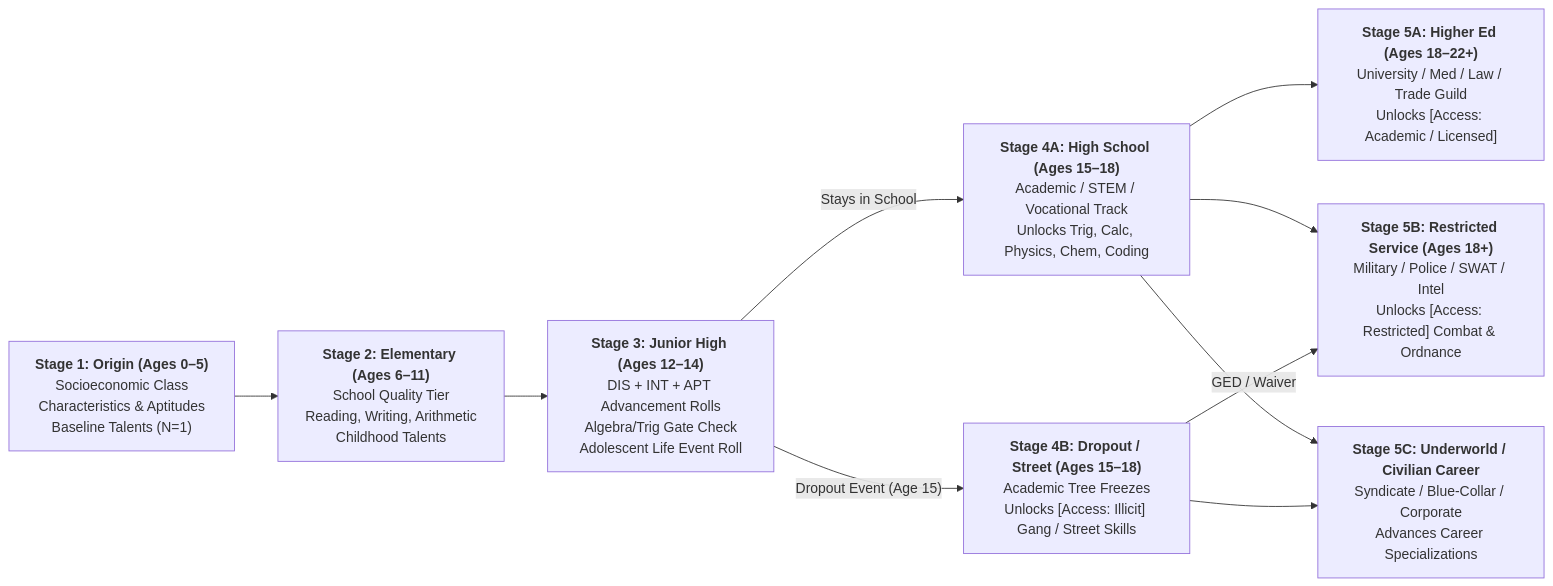
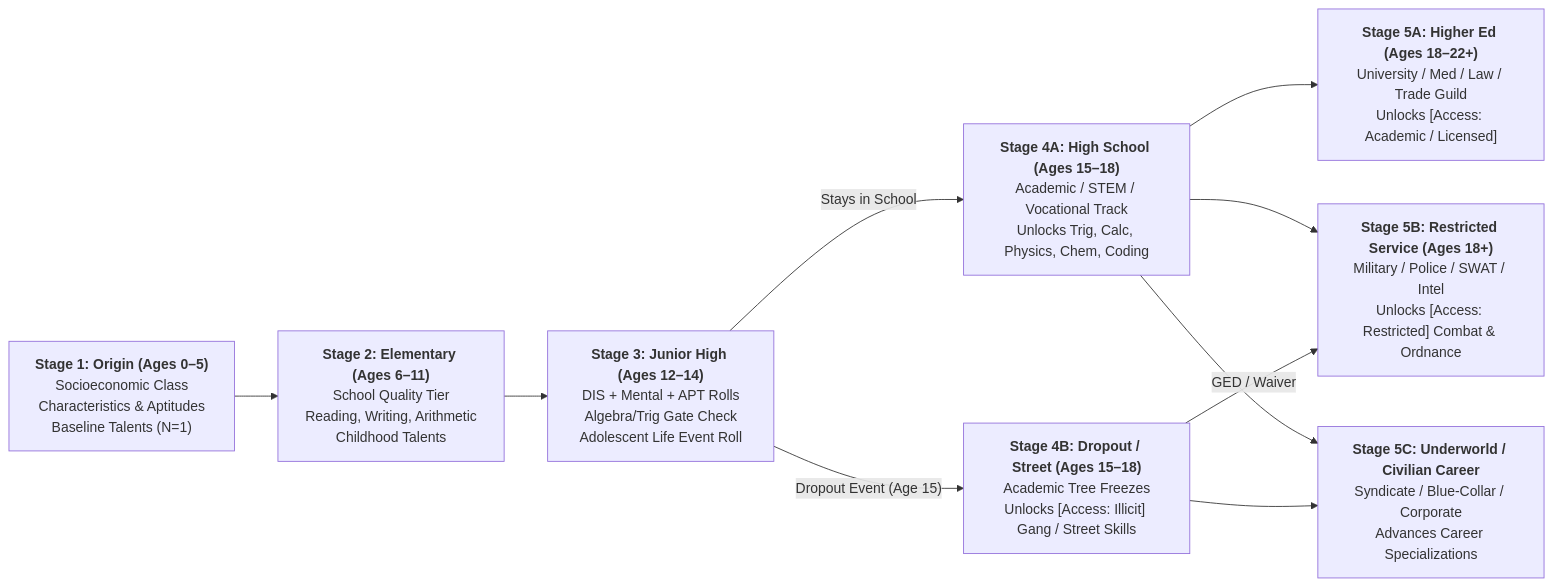
One commit to rarebreed/satya changed the ninth of 9 diagrams in docs/ttrpg/skill-design.md. Above: the diagram before and after it, drawn with Mermaid. The commit also changed other lines of this file and 1 other file, not shown here.

````diff
--- a/docs/ttrpg/skill-design.md
+++ b/docs/ttrpg/skill-design.md
@@ -791,20 +827,20 @@
 ```mermaid
 flowchart LR
     S1["<b>Stage 1: Origin (Ages 0–5)</b><br/>Socioeconomic Class<br/>Characteristics & Aptitudes<br/>Baseline Talents (N=1)"]
     S2["<b>Stage 2: Elementary (Ages 6–11)</b><br/>School Quality Tier<br/>Reading, Writing, Arithmetic<br/>Childhood Talents"]
-    S3["<b>Stage 3: Junior High (Ages 12–14)</b><br/>DIS + INT + APT Advancement Rolls<br/>Algebra/Trig Gate Check<br/>Adolescent Life Event Roll"]
+    S3["<b>Stage 3: Junior High (Ages 12–14)</b><br/>DIS + Mental + APT Rolls<br/>Algebra/Trig Gate Check<br/>Adolescent Life Event Roll"]
     S4A["<b>Stage 4A: High School (Ages 15–18)</b><br/>Academic / STEM / Vocational Track<br/>Unlocks Trig, Calc, Physics, Chem, Coding"]
     S4B["<b>Stage 4B: Dropout / Street (Ages 15–18)</b><br/>Academic Tree Freezes<br/>Unlocks [Access: Illicit] Gang / Street Skills"]
     S5A["<b>Stage 5A: Higher Ed (Ages 18–22+)</b><br/>University / Med / Law / Trade Guild<br/>Unlocks [Access: Academic / Licensed]"]
     S5B["<b>Stage 5B: Restricted Service (Ages 18+)</b><br/>Military / Police / SWAT / Intel<br/>Unlocks [Access: Restricted] Combat & Ordnance"]
     S5C["<b>Stage 5C: Underworld / Civilian Career</b><br/>Syndicate / Blue-Collar / Corporate<br/>Advances Career Specializations"]
 
     S1 --> S2 --> S3
     S3 -- "Stays in School" --> S4A
     S3 -- "Dropout Event (Age 15)" --> S4B
     S4A --> S5A
     S4A --> S5B
     S4A --> S5C
     S4B -- "GED / Waiver" --> S5B
     S4B --> S5C
 ```
````
